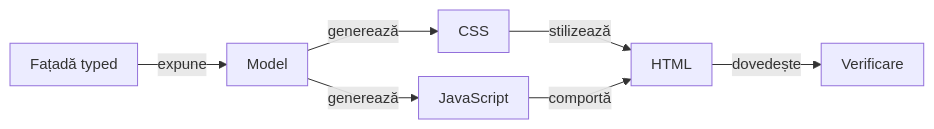
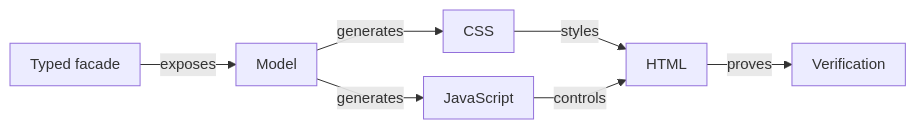
The second of 2 diagrams in docs/README_Atf_CodeBestPractices.md (crististefanita/atf_j0), drawn with Mermaid before and after one commit. The commit also changed other lines of this file and 113 other files, not shown here.

````diff
--- a/docs/README_Atf_CodeBestPractices.md
+++ b/docs/README_Atf_CodeBestPractices.md
@@ -289,10 +251,10 @@
 ```mermaid
 %%{init: {"themeVariables":{"fontSize":"15px"},"themeCSS":".nodeLabel, .nodeLabel p { font-size: 15px !important; line-height: 1.35 !important; } .edgeLabel, .edgeLabel p { font-size: 12px !important; font-weight: 400 !important; line-height: 1.2 !important; } .edgeLabel .labelBkg, .edgeLabel p { background: transparent !important; } .edgeLabel foreignObject { transform: translateY(-18px); overflow: visible; } .node rect { rx: 6px; ry: 6px; }","flowchart":{"curve":"linear","nodeSpacing":24,"rankSpacing":40,"padding":10,"diagramPadding":16}}}%%
 flowchart LR
-    JavaFacade["Fațadă typed"] -->|expune| Semantic["Model"]
-    Semantic -->|generează| Css[CSS]
-    Semantic -->|generează| Js[JavaScript]
-    Css -->|stilizează| Html["HTML"]
-    Js -->|comportă| Html
-    Html -->|dovedește| Contract["Verificare"]
+    JavaFacade["Typed facade"] -->|exposes| Semantic["Model"]
+    Semantic -->|generates| Css[CSS]
+    Semantic -->|generates| Js[JavaScript]
+    Css -->|styles| Html["HTML"]
+    Js -->|controls| Html
+    Html -->|proves| Contract["Verification"]
 ```
````
